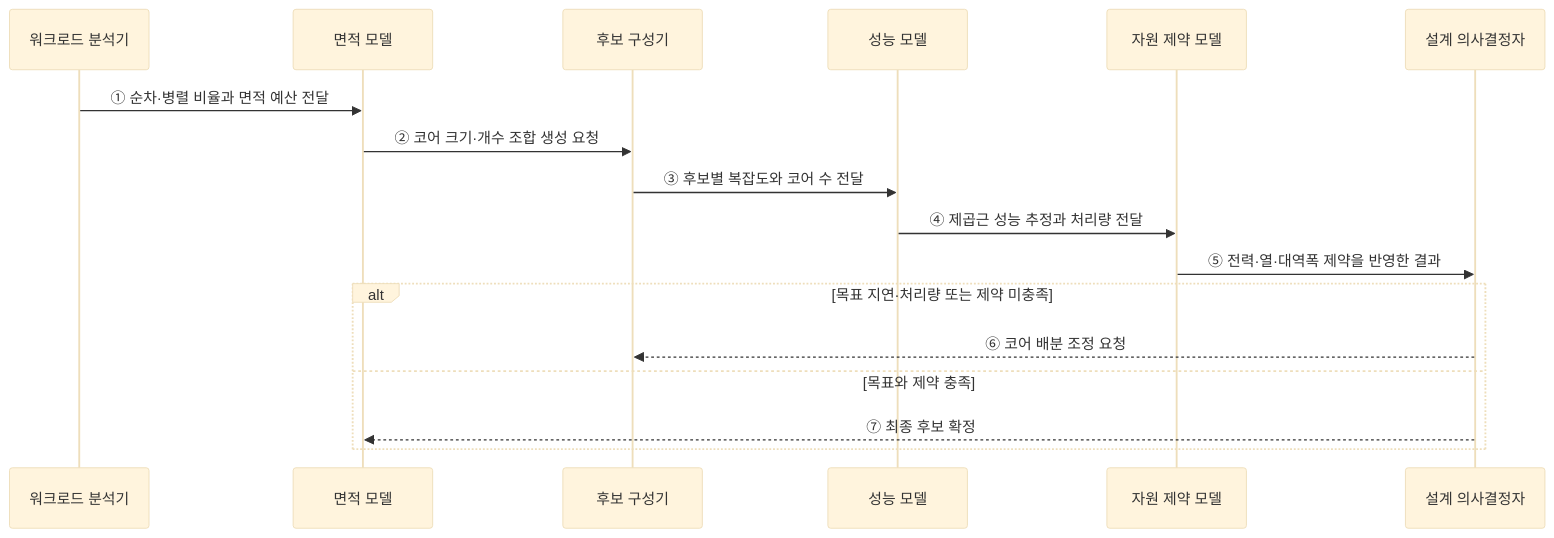
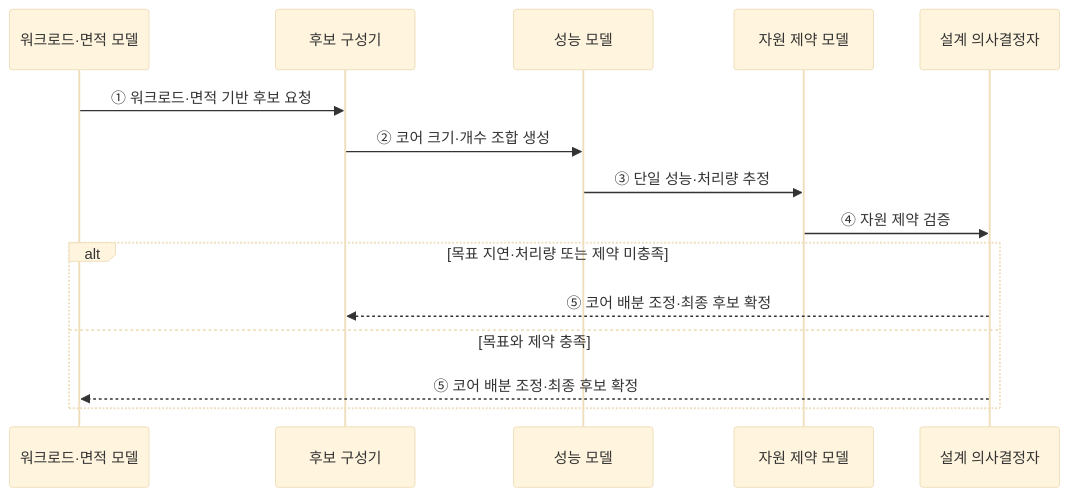
One commit to agnusdei1207/knowledge-base changed the third of 3 diagrams in src/content/docs/notes/02-hardware/011_pollacks_rule.md. Above: the diagram before and after it, drawn with Mermaid (base theme). The commit also changed other lines of this file and 20 other files, not shown here.

````diff
--- a/src/content/docs/notes/02-hardware/011_pollacks_rule.md
+++ b/src/content/docs/notes/02-hardware/011_pollacks_rule.md
@@ -103,20 +94,18 @@
 ```mermaid
 sequenceDiagram
-    participant W as 워크로드 분석기
-    participant A as 면적 모델
+    participant M as 워크로드·면적 모델
     participant C as 후보 구성기
     participant P as 성능 모델
     participant R as 자원 제약 모델
     participant D as 설계 의사결정자
 
-    W->>A: ① 순차·병렬 비율과 면적 예산 전달
-    A->>C: ② 코어 크기·개수 조합 생성 요청
-    C->>P: ③ 후보별 복잡도와 코어 수 전달
-    P->>R: ④ 제곱근 성능 추정과 처리량 전달
-    R->>D: ⑤ 전력·열·대역폭 제약을 반영한 결과
+    M->>C: ① 워크로드·면적 기반 후보 요청
+    C->>P: ② 코어 크기·개수 조합 생성
+    P->>R: ③ 단일 성능·처리량 추정
+    R->>D: ④ 자원 제약 검증
     alt 목표 지연·처리량 또는 제약 미충족
-        D-->>C: ⑥ 코어 배분 조정 요청
+        D-->>C: ⑤ 코어 배분 조정·최종 후보 확정
     else 목표와 제약 충족
-        D-->>A: ⑦ 최종 후보 확정
+        D-->>M: ⑤ 코어 배분 조정·최종 후보 확정
     end
 ```
````
